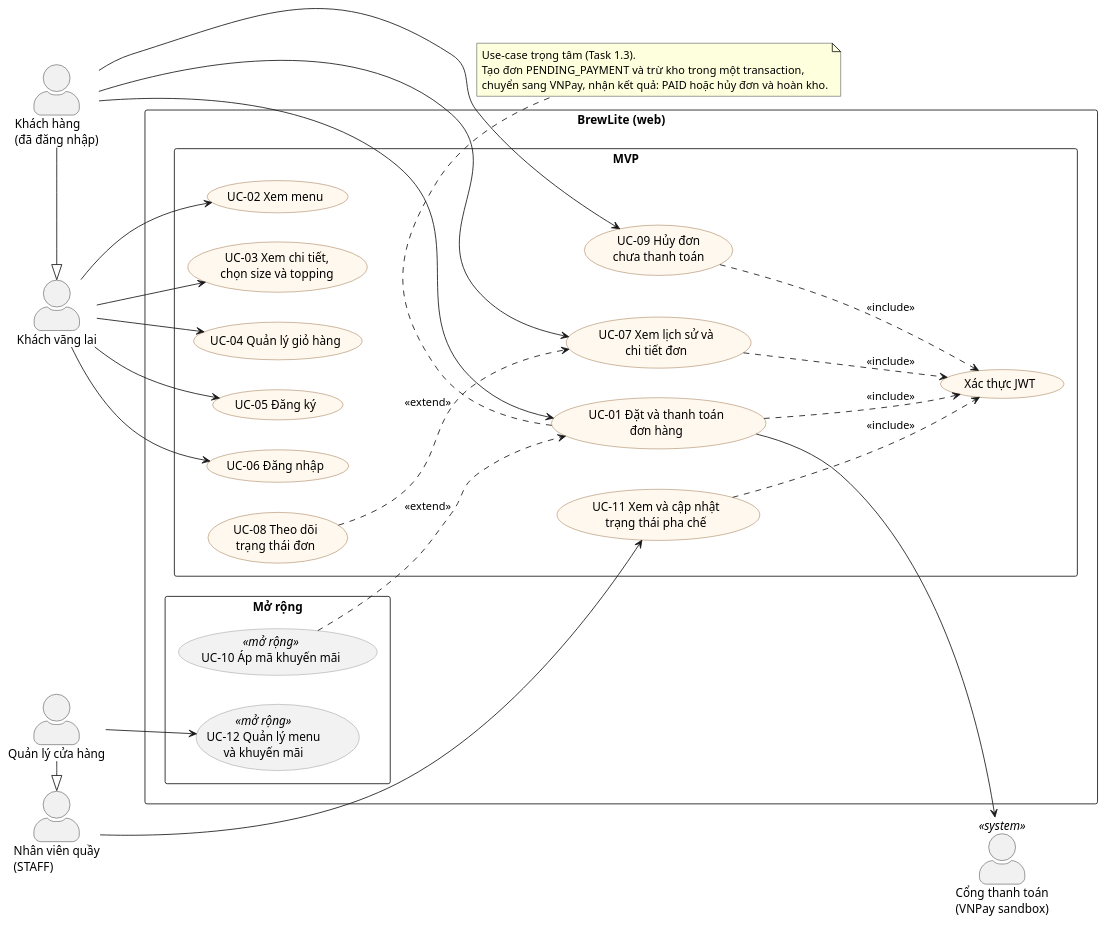
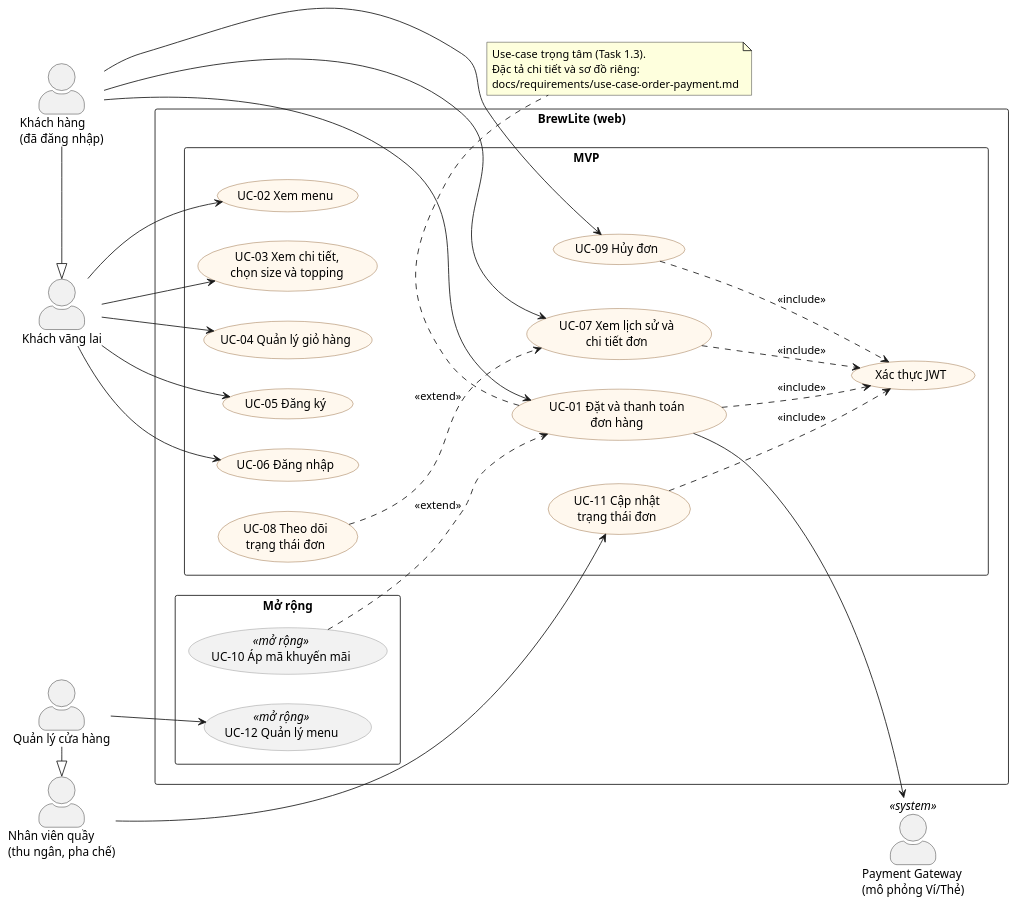
Before and after one commit to NguyenphamThaitu/FE_brewlite_hk1: the diagram in docs/diagrams/usecase-overview.puml, drawn with PlantUML. The commit also changed 1 other file, not shown here.

Commit message:
docs(task-1): align use-case overview with task 1 documents
Follow the merged scope document (simulated wallet/card payment), the stakeholders and UC-01 spec in PR #10, FR-05..FR-08 in PR #1 and the menu, cart and auth requirements on the Man branch. Record the duplicated FR numbering for the SRS owners.

```diff
--- a/docs/diagrams/usecase-overview.puml
+++ b/docs/diagrams/usecase-overview.puml
@@ -1,71 +1,71 @@
 @startuml usecase-overview
 ' BrewLite - So do use-case tong quat (Task 1.2)
 ' Mo ta: docs/requirements/use-case-overview.md
 left to right direction
 skinparam packageStyle rectangle
 skinparam actorStyle awesome
 skinparam shadowing false
 skinparam usecase {
   BackgroundColor #FFF8EE
   BorderColor #8A5A2B
   BackgroundColor<<mở rộng>> #F2F2F2
   BorderColor<<mở rộng>> #888888
 }
 
 actor "Khách vãng lai" as Guest
 actor "Khách hàng\n(đã đăng nhập)" as Customer
-actor "Nhân viên quầy\n(STAFF)" as Staff
+actor "Nhân viên quầy\n(thu ngân, pha chế)" as Staff
 actor "Quản lý cửa hàng" as Manager
-actor "Cổng thanh toán\n(VNPay sandbox)" as Pay <<system>>
+actor "Payment Gateway\n(mô phỏng Ví/Thẻ)" as Pay <<system>>
 
 Customer -|> Guest
 Manager -|> Staff
 
 rectangle "BrewLite (web)" {
   package "MVP" {
     usecase "UC-02 Xem menu" as UC02
     usecase "UC-03 Xem chi tiết,\nchọn size và topping" as UC03
     usecase "UC-04 Quản lý giỏ hàng" as UC04
     usecase "UC-05 Đăng ký" as UC05
     usecase "UC-06 Đăng nhập" as UC06
     usecase "UC-01 Đặt và thanh toán\nđơn hàng" as UC01
     usecase "Xác thực JWT" as AUTH
     usecase "UC-07 Xem lịch sử và\nchi tiết đơn" as UC07
     usecase "UC-08 Theo dõi\ntrạng thái đơn" as UC08
-    usecase "UC-09 Hủy đơn\nchưa thanh toán" as UC09
-    usecase "UC-11 Xem và cập nhật\ntrạng thái pha chế" as UC11
+    usecase "UC-09 Hủy đơn" as UC09
+    usecase "UC-11 Cập nhật\ntrạng thái đơn" as UC11
   }
   package "Mở rộng" {
     usecase "UC-10 Áp mã khuyến mãi" as UC10 <<mở rộng>>
-    usecase "UC-12 Quản lý menu\nvà khuyến mãi" as UC12 <<mở rộng>>
+    usecase "UC-12 Quản lý menu" as UC12 <<mở rộng>>
   }
 }
 
 Guest --> UC02
 Guest --> UC03
 Guest --> UC04
 Guest --> UC05
 Guest --> UC06
 
 Customer --> UC01
 Customer --> UC07
 Customer --> UC09
 
 UC01 --> Pay
 
 UC01 ..> AUTH : <<include>>
 UC07 ..> AUTH : <<include>>
 UC09 ..> AUTH : <<include>>
 UC11 ..> AUTH : <<include>>
 UC08 ..> UC07 : <<extend>>
 UC10 ..> UC01 : <<extend>>
 
 Staff --> UC11
 Manager --> UC12
 
 note bottom of UC01
   Use-case trọng tâm (Task 1.3).
-  Tạo đơn PENDING_PAYMENT và trừ kho trong một transaction,
-  chuyển sang VNPay, nhận kết quả: PAID hoặc hủy đơn và hoàn kho.
+  Đặc tả chi tiết và sơ đồ riêng:
+  docs/requirements/use-case-order-payment.md
 end note
 @enduml
```
